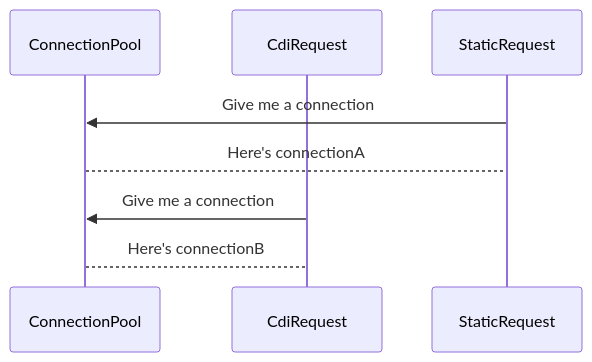
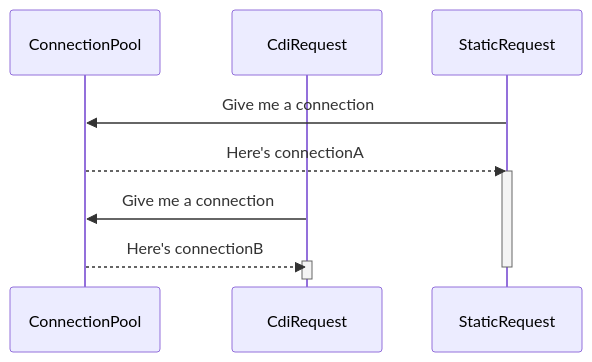
The second of 5 diagrams in content/_index.md (swoogles/hugoprojects), drawn with Mermaid before and after one commit. The commit also changed other lines of this file, not shown here.

Commit message:
Sequence diagram++

```diff
--- a/content/_index.md
+++ b/content/_index.md
@@ -55,10 +55,14 @@
 {{<mermaid>}}
 sequenceDiagram
   participant CP as ConnectionPool
   participant CDI as CdiRequest
   participant STAT as StaticRequest
   STAT->>CP: Give me a connection
-  CP-->STAT: Here's connectionA
+  CP-->>STAT: Here's connectionA
+  activate STAT
   CDI->>CP: Give me a connection
-  CP-->CDI: Here's connectionB
+  CP-->>CDI: Here's connectionB
+  activate CDI
+  deactivate STAT
+  deactivate CDI
 {{</mermaid>}}
```
